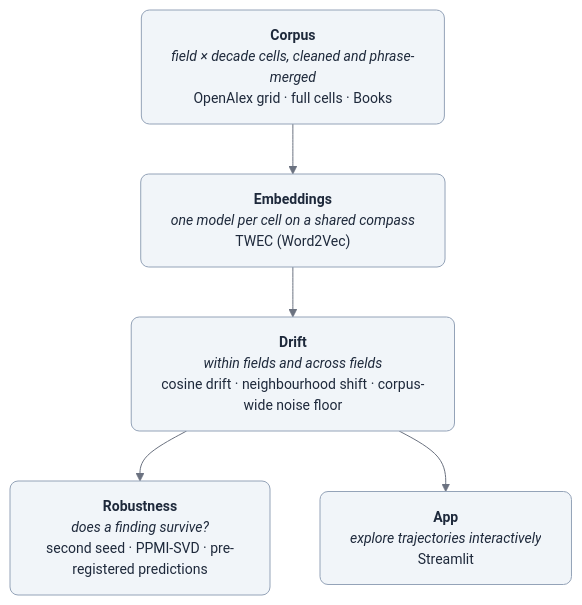
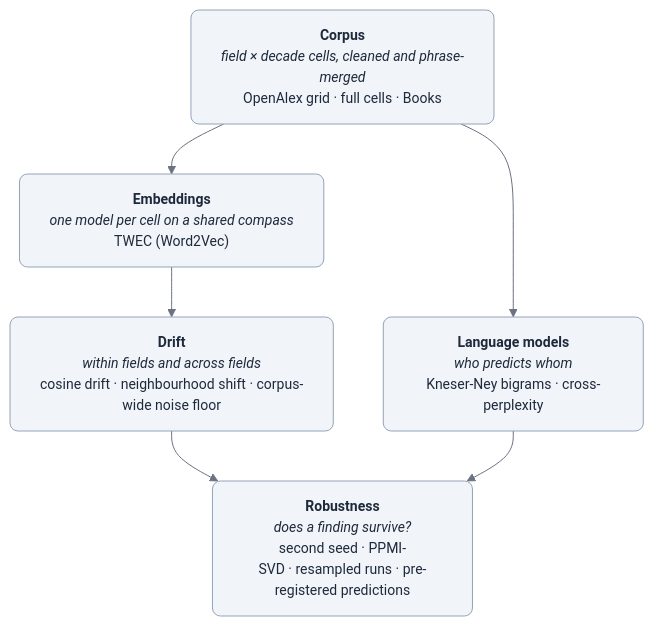
The diagram in README.md (Dovalization/interpretant), drawn with Mermaid before and after one commit. The commit also changed other lines of this file, not shown here.

````diff
--- a/README.md
+++ b/README.md
@@ -37,14 +42,14 @@
 ```mermaid
 %%{init: {'theme': 'base', 'themeVariables': {'fontSize': '14px', 'lineColor': '#6b7280'}}}%%
 flowchart TD
     classDef stage fill:#f1f5f9,stroke:#94a3b8,color:#1e293b,rx:8
 
     C["<b>Corpus</b><br/><i>field&nbsp;×&nbsp;decade&nbsp;cells,&nbsp;cleaned&nbsp;and&nbsp;phrase-merged</i><br/>OpenAlex&nbsp;grid&nbsp;·&nbsp;full&nbsp;cells&nbsp;·&nbsp;Books"]:::stage
     E["<b>Embeddings</b><br/><i>one&nbsp;model&nbsp;per&nbsp;cell&nbsp;on&nbsp;a&nbsp;shared&nbsp;compass</i><br/>TWEC&nbsp;(Word2Vec)"]:::stage
     D["<b>Drift</b><br/><i>within&nbsp;fields&nbsp;and&nbsp;across&nbsp;fields</i><br/>cosine&nbsp;drift&nbsp;·&nbsp;neighbourhood&nbsp;shift&nbsp;·&nbsp;corpus-wide&nbsp;noise&nbsp;floor"]:::stage
-    R["<b>Robustness</b><br/><i>does&nbsp;a&nbsp;finding&nbsp;survive?</i><br/>second&nbsp;seed&nbsp;·&nbsp;PPMI-SVD&nbsp;·&nbsp;pre-registered&nbsp;predictions"]:::stage
-    P["<b>App</b><br/><i>explore&nbsp;trajectories&nbsp;interactively</i><br/>Streamlit"]:::stage
+    L["<b>Language models</b><br/><i>who&nbsp;predicts&nbsp;whom</i><br/>Kneser-Ney&nbsp;bigrams&nbsp;·&nbsp;cross-perplexity"]:::stage
+    R["<b>Robustness</b><br/><i>does&nbsp;a&nbsp;finding&nbsp;survive?</i><br/>second&nbsp;seed&nbsp;·&nbsp;PPMI-SVD&nbsp;·&nbsp;resampled&nbsp;runs&nbsp;·&nbsp;pre-registered&nbsp;predictions"]:::stage
 
     C --> E --> D --> R
-    D --> P
+    C --> L --> R
 ```
````
